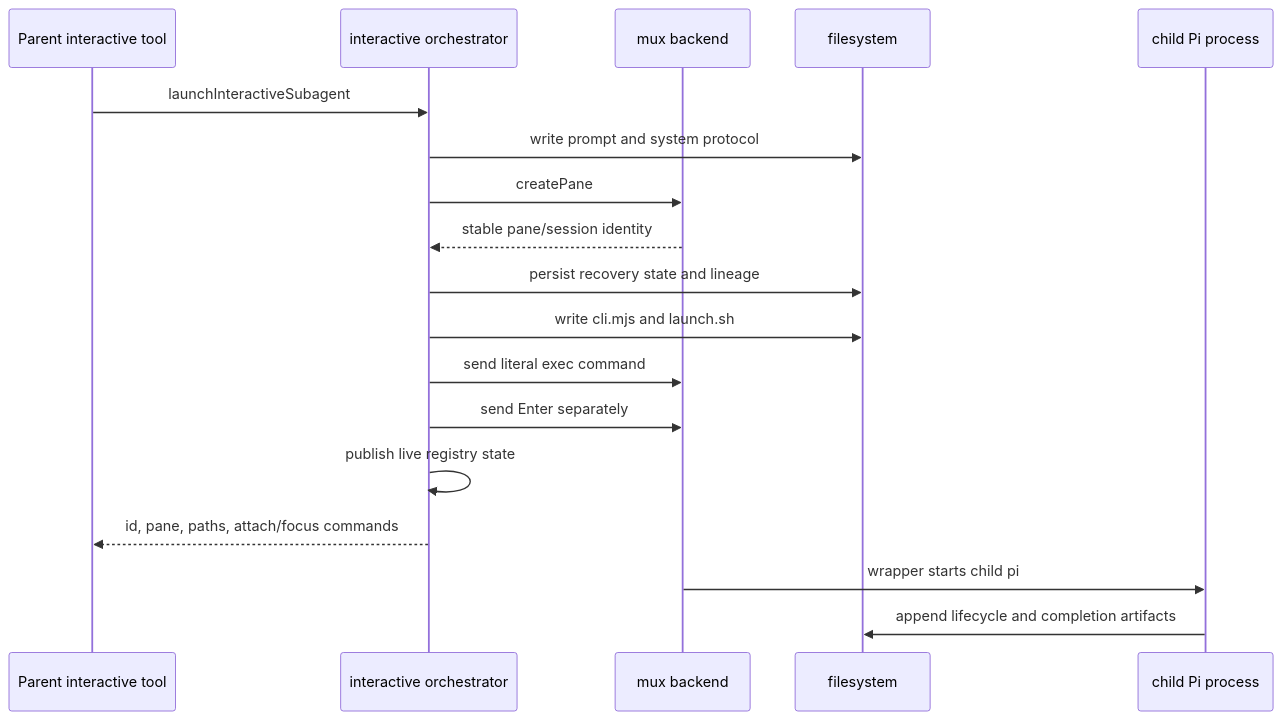
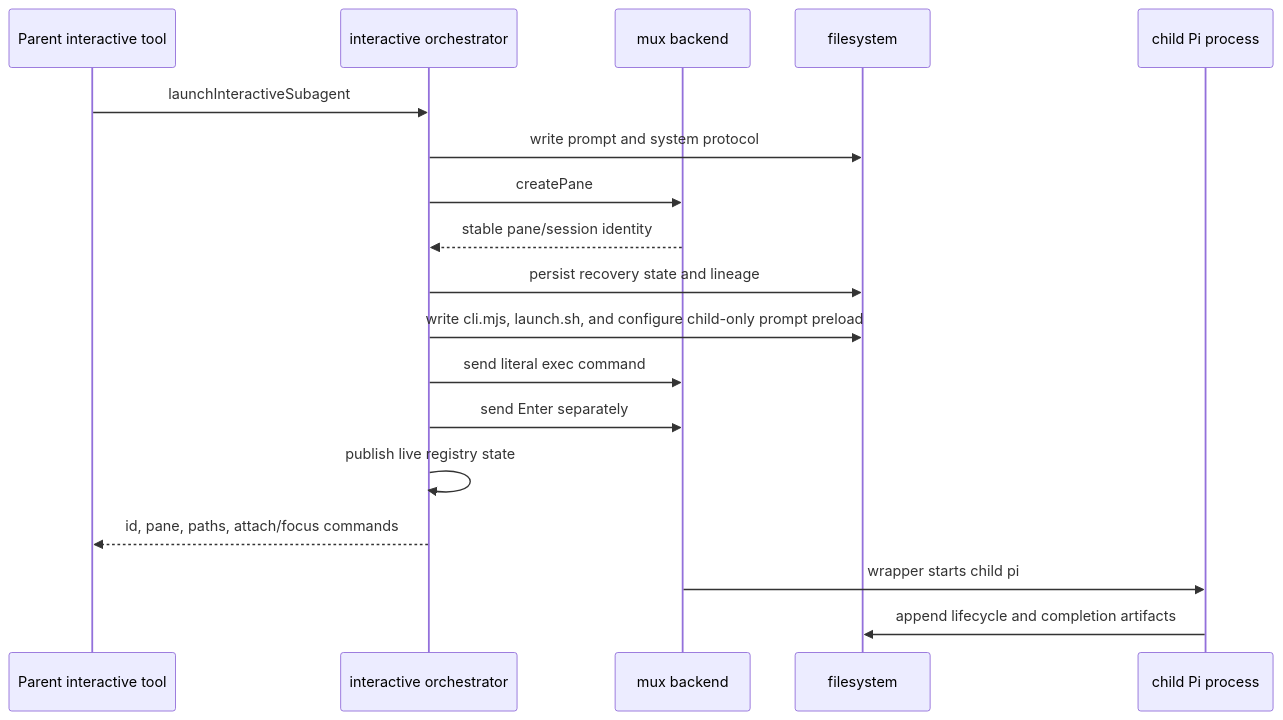
One commit to lmn451/pi-subagentura changed the fifth of 8 diagrams in architecture.md. Above: the diagram before and after it, drawn with Mermaid. The commit also changed other lines of this file and 23 other files, not shown here.

````diff
--- a/architecture.md
+++ b/architecture.md
@@ -457,21 +457,21 @@
 ```mermaid
 sequenceDiagram
   participant T as Parent interactive tool
   participant O as interactive orchestrator
   participant M as mux backend
   participant F as filesystem
   participant C as child Pi process
 
   T->>O: launchInteractiveSubagent
   O->>F: write prompt and system protocol
   O->>M: createPane
   M-->>O: stable pane/session identity
   O->>F: persist recovery state and lineage
-  O->>F: write cli.mjs and launch.sh
+  O->>F: write cli.mjs, launch.sh, and configure child-only prompt preload
   O->>M: send literal exec command
   O->>M: send Enter separately
   O->>O: publish live registry state
   O-->>T: id, pane, paths, attach/focus commands
   M->>C: wrapper starts child pi
   C->>F: append lifecycle and completion artifacts
 ```
````
